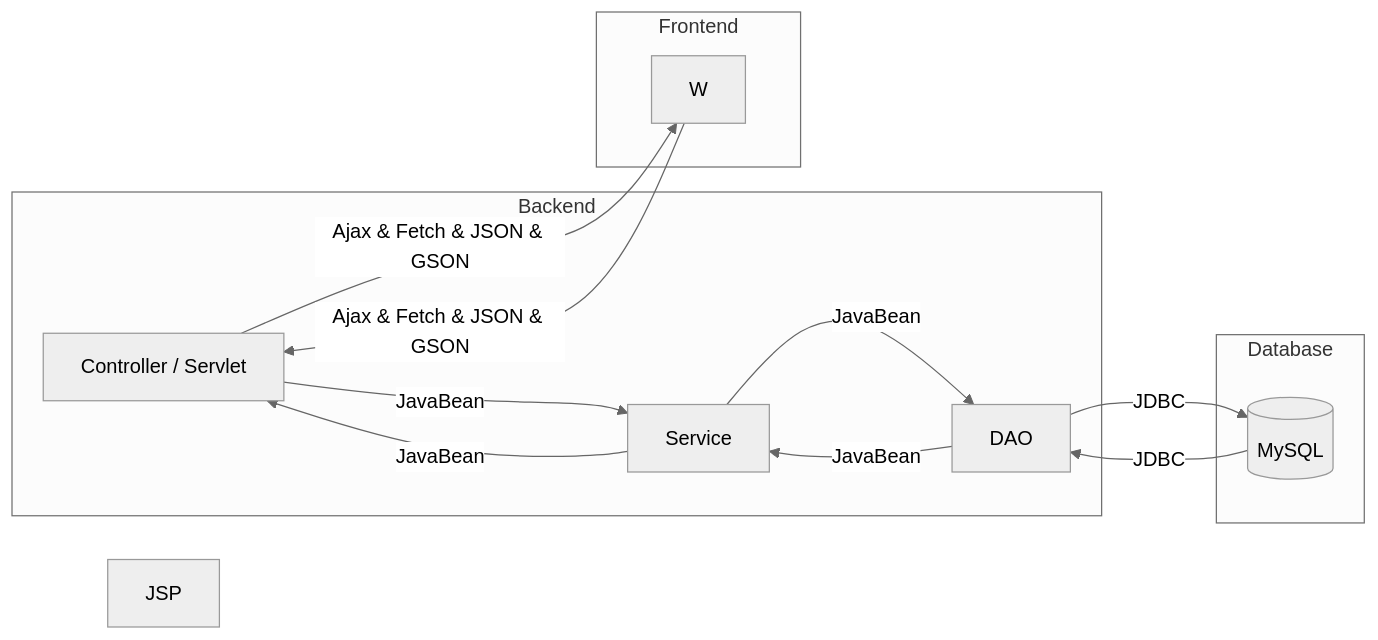
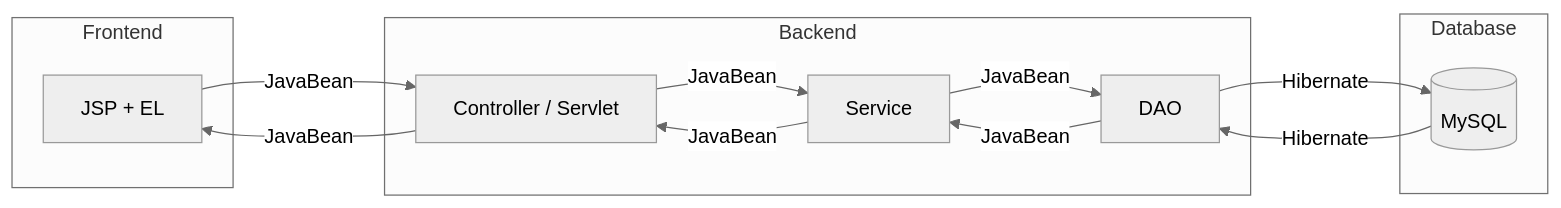
Before and after one commit to TLexYuW/CGA103G1OwnPart: the second of 2 diagrams in README.md, drawn with Mermaid (neutral theme). The commit also changed 1 other file, not shown here.

Commit message:
LEX: 2022-09-08 22:37:54
Affected files:
.obsidian/workspace
README.md

````diff
--- a/README.md
+++ b/README.md
@@ -49,26 +49,26 @@
 ```mermaid
 flowchart LR
-	J[JSP]
+	J[JSP + EL]
 	Svl[Controller / Servlet]
 	S[Service]
 	M[DAO]
 	DB[(MySQL)]
 	
 	subgraph Database
 		DB
 	end
 	
 	subgraph Backend
 		Svl
 		S
 		M
 	end
 	
 	subgraph Frontend
-		W
+		J
 	end
 	
-	W -->|Ajax & Fetch & JSON & GSON| Svl -->|JavaBean| S -->|JavaBean| M -->|JDBC| DB
+	J -->|JavaBean| Svl -->|JavaBean| S -->|JavaBean| M -->|Hibernate| DB
 	
-	DB -->|JDBC| M -->|JavaBean| S -->|JavaBean| Svl -->|Ajax & Fetch & JSON & GSON| W
+	DB -->|Hibernate| M -->|JavaBean| S -->|JavaBean| Svl -->|JavaBean| J
 ```
````
